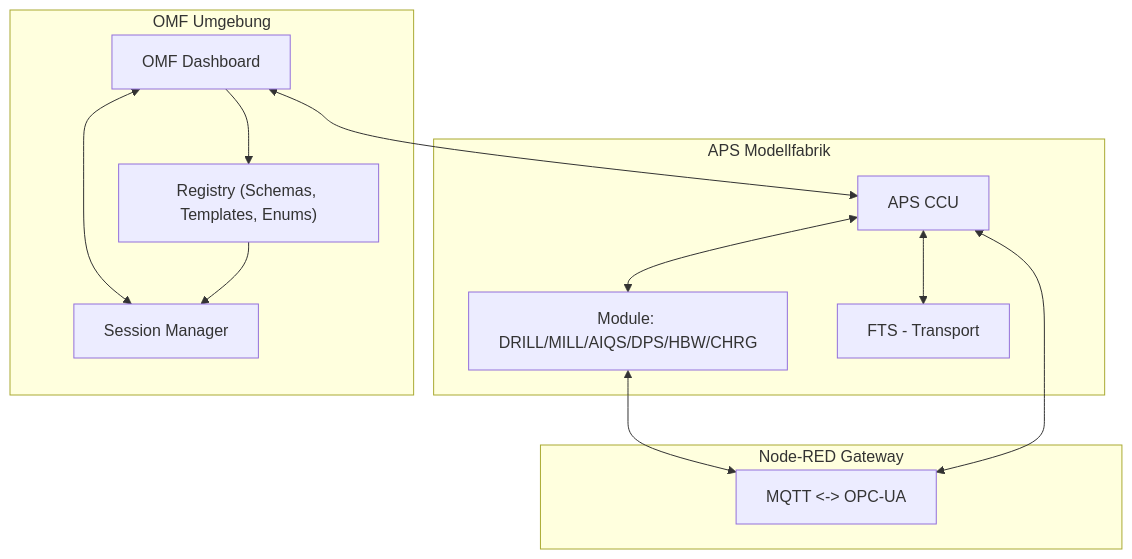
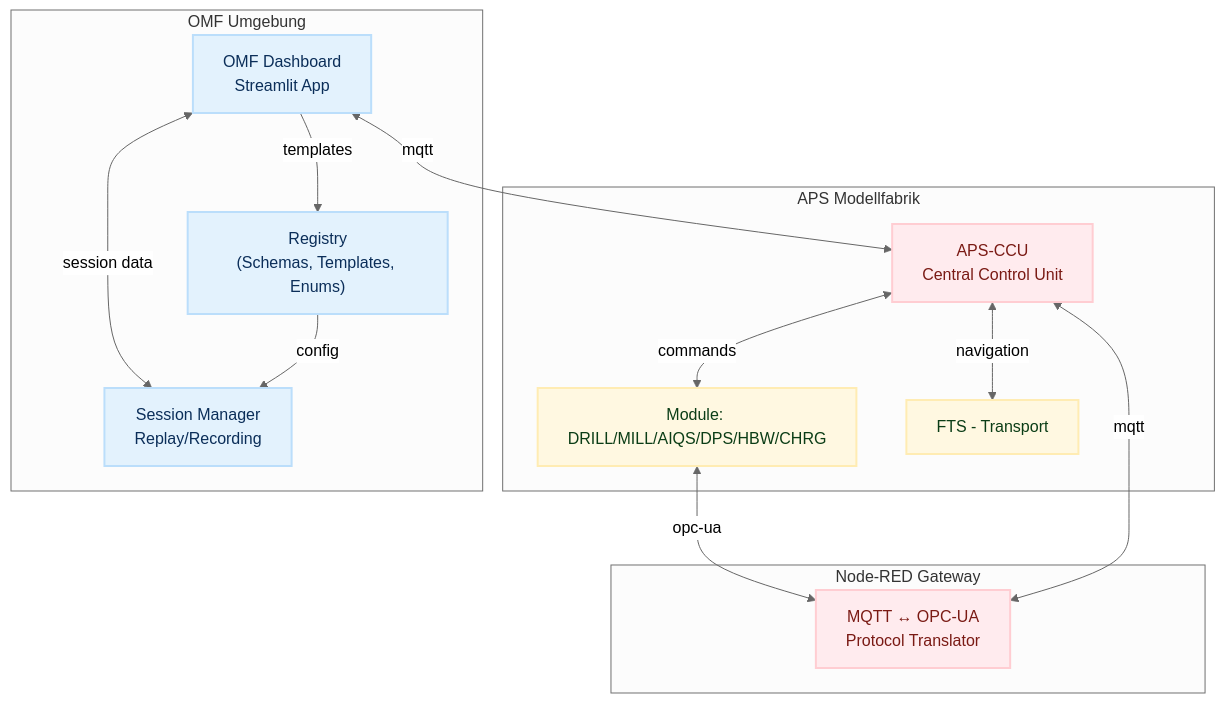
Before and after one commit to OliverBerger-ORBIS/ORBIS-Modellfabrik: the diagram in docs/02-architecture/README.md, drawn with Mermaid. The commit also changed 117 other files, not shown here.

````diff
--- a/docs/02-architecture/README.md
+++ b/docs/02-architecture/README.md
@@ -49,27 +49,33 @@
 ```mermaid
+%%{init: {'theme':'neutral'}}%%
 flowchart TD
+classDef orbis fill:#e3f2fd,stroke:#bbdefb,stroke-width:2px,color:#0b2e59;
+classDef fthardware fill:#fff8e1,stroke:#ffecb3,stroke-width:2px,color:#0b3d16;
+classDef ftsoftware fill:#ffebee,stroke:#ffcdd2,stroke-width:2px,color:#7a1a14;
+classDef external fill:#f5f5f5,stroke:#e0e0e0,stroke-width:2px,color:#333;
+
   subgraph APS [APS Modellfabrik]
-    CCU[APS CCU]
-    MOD["Module: DRILL/MILL/AIQS/DPS/HBW/CHRG"]
-    FTS["FTS - Transport"]
+    CCU[APS-CCU<br/>Central Control Unit]:::ftsoftware
+    MOD["Module: DRILL/MILL/AIQS/DPS/HBW/CHRG"]:::fthardware
+    FTS["FTS - Transport"]:::fthardware
   end
 
   subgraph NodeRED [Node-RED Gateway]
-    NR["MQTT <-> OPC-UA"]
+    NR["MQTT ↔ OPC-UA<br/>Protocol Translator"]:::ftsoftware
   end
 
   subgraph OMF [OMF Umgebung]
-    DASH["OMF Dashboard"]
-    REG["Registry (Schemas, Templates, Enums)"]
-    SM["Session Manager"]
+    DASH["OMF Dashboard<br/>Streamlit App"]:::orbis
+    REG["Registry<br/>(Schemas, Templates, Enums)"]:::orbis
+    SM["Session Manager<br/>Replay/Recording"]:::orbis
   end
 
-  CCU <--> MOD
-  CCU <--> FTS
-  MOD <--> NR
-  CCU <--> NR
-  DASH <--> CCU
-  DASH <--> SM
-  DASH --> REG
-  REG --> SM
+  CCU <-->|commands| MOD
+  CCU <-->|navigation| FTS
+  MOD <-->|opc-ua| NR
+  CCU <-->|mqtt| NR
+  DASH <-->|mqtt| CCU
+  DASH <-->|session data| SM
+  DASH -->|templates| REG
+  REG -->|config| SM
 ```
````
